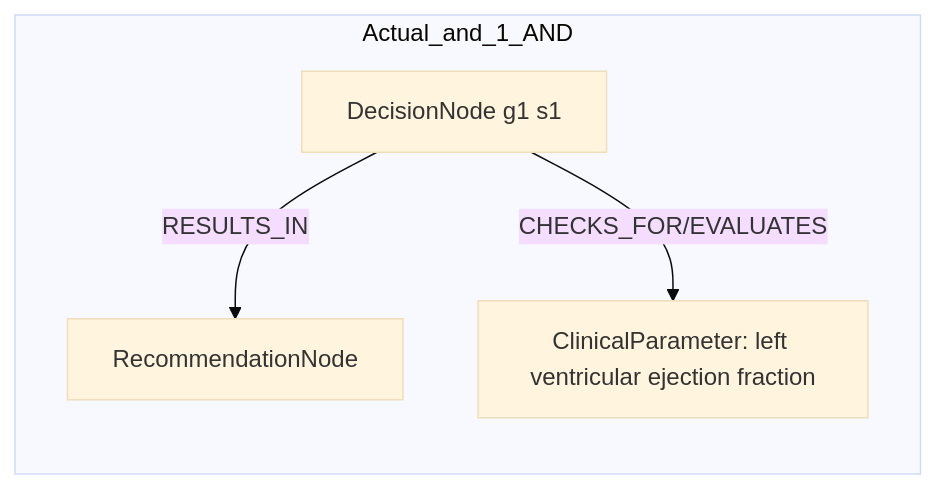
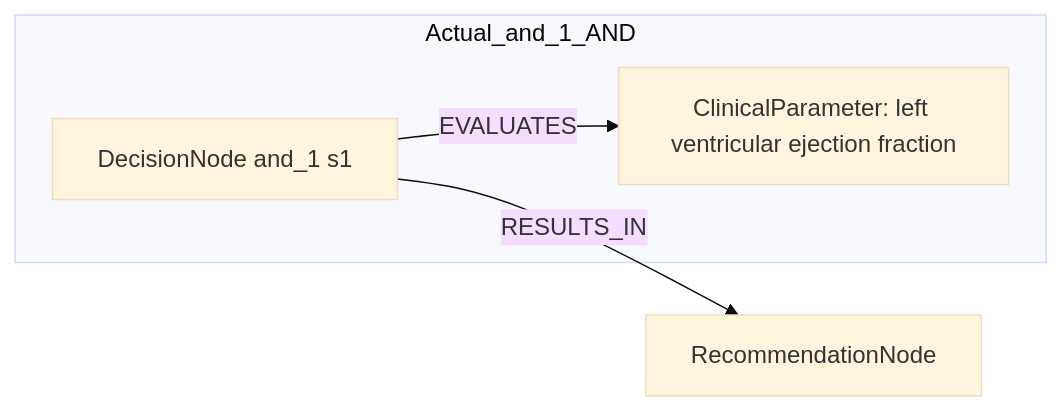
The second of 2 diagrams in docs/table22_rows/row_11.md (dieterich-lab/CardioGuidelinesGraph), drawn with Mermaid (base theme) before and after one commit. The commit also changed other lines of this file and 18 other files, not shown here.

Commit message:
Update mermaid diagrams.

````diff
--- a/docs/table22_rows/row_11.md
+++ b/docs/table22_rows/row_11.md
@@ -179,10 +174,10 @@
 ```mermaid
 graph LR
+  REC[RecommendationNode]
   subgraph Actual_and_1_AND
-    REC[RecommendationNode]
-    D1[DecisionNode g1 s1]
-    C1[ClinicalParameter: left ventricular ejection fraction]
-    D1 -->|CHECKS_FOR/EVALUATES| C1
-    D1 -->|RESULTS_IN| REC
+    D_and_1_1[DecisionNode and_1 s1]
+    C_and_1_1[ClinicalParameter: left ventricular ejection fraction]
+    D_and_1_1 -->|EVALUATES| C_and_1_1
   end
+  D_and_1_1 -->|RESULTS_IN| REC
 ```
````
